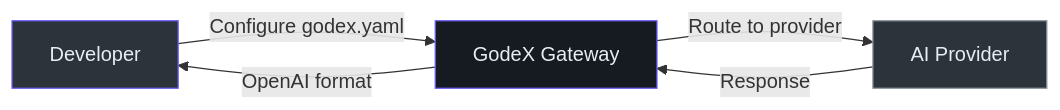
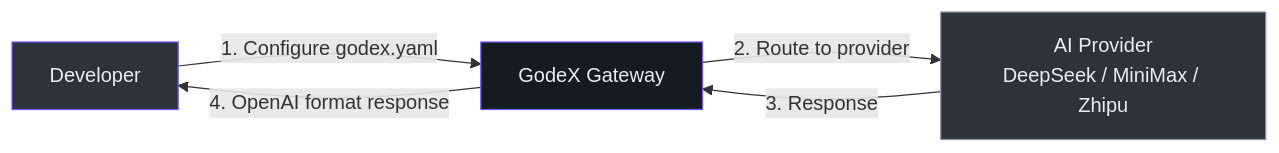
The first of 2 diagrams in wiki/onboarding/product-manager-guide.md (zamelee/GodeX), drawn with Mermaid before and after one commit. The commit also changed other lines of this file and 9 other files, not shown here.

````diff
--- a/wiki/onboarding/product-manager-guide.md
+++ b/wiki/onboarding/product-manager-guide.md
@@ -15,11 +18,11 @@
 ```mermaid
 graph LR
-    DEV["Developer"] -->|"Configure godex.yaml"| GODEX["GodeX Gateway"]
-    GODEX -->|"Route to provider"| PROVIDER["AI Provider"]
-    PROVIDER -->|"Response"| GODEX
-    GODEX -->|"OpenAI format"| DEV
+  DEV["Developer"] -->|"1. Configure godex.yaml"| GODEX["GodeX Gateway"]
+  GODEX -->|"2. Route to provider"| PROVIDER["AI Provider<br>DeepSeek / MiniMax / Zhipu"]
+  PROVIDER -->|"3. Response"| GODEX
+  GODEX -->|"4. OpenAI format response"| DEV
 
-    style DEV fill:#2d333b,stroke:#6d5dfc,color:#e6edf3
-    style GODEX fill:#161b22,stroke:#6d5dfc,color:#e6edf3
-    style PROVIDER fill:#2d333b,stroke:#8b949e,color:#e6edf3
+  style DEV fill:#2d333b,stroke:#6d5dfc,color:#e6edf3
+  style GODEX fill:#161b22,stroke:#6d5dfc,color:#e6edf3
+  style PROVIDER fill:#2d333b,stroke:#8b949e,color:#e6edf3
 ```
````
